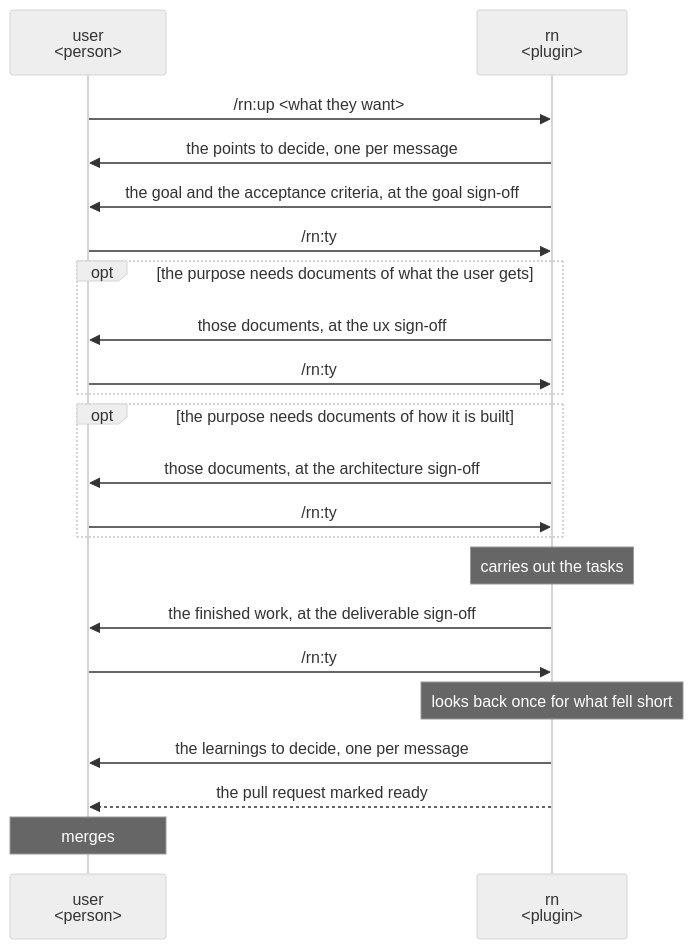
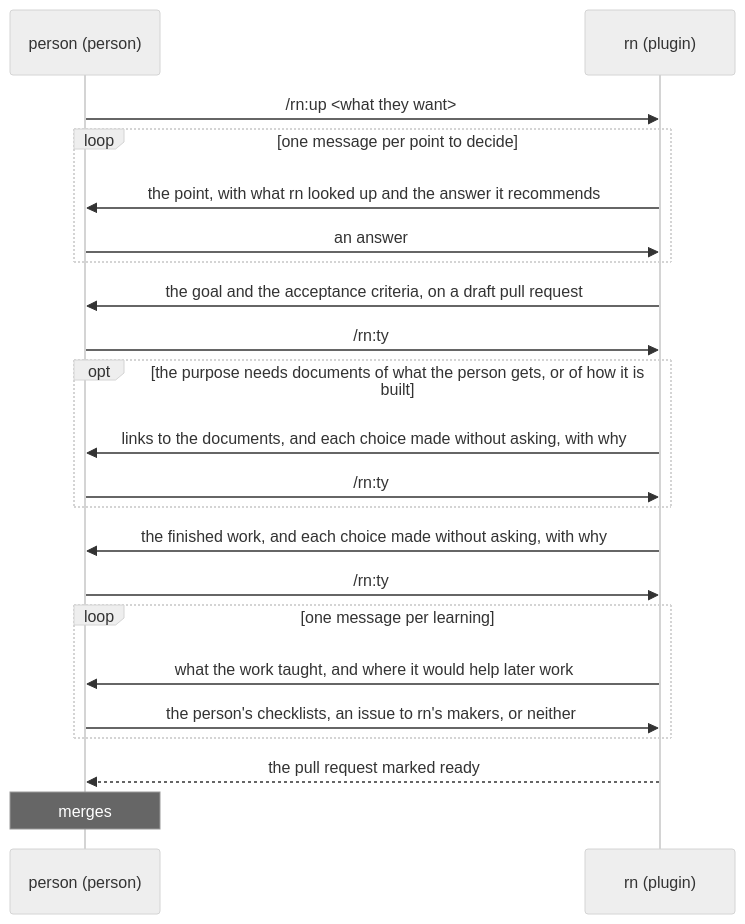
One commit to lovaizu/ccpm changed the diagram in dev/rn/ux.md. Above: the diagram before and after it, drawn with Mermaid (neutral theme). The commit also changed other lines of this file and 1 other file, not shown here.

````diff
--- a/dev/rn/ux.md
+++ b/dev/rn/ux.md
@@ -62,24 +27,24 @@
 ```mermaid
 sequenceDiagram
-  participant U as user<br/>#lt;person#gt;
-  participant R as rn<br/>#lt;plugin#gt;
-  U->>R: /rn:up #lt;what they want#gt;
-  R->>U: the points to decide, one per message
-  R->>U: the goal and the acceptance criteria, at the goal sign-off
+  participant U as person (person)
+  participant R as rn (plugin)
+  U->>R: /rn:up <what they want>
+  loop one message per point to decide
+    R->>U: the point, with what rn looked up and the answer it recommends
+    U->>R: an answer
+  end
+  R->>U: the goal and the acceptance criteria, on a draft pull request
   U->>R: /rn:ty
-  opt the purpose needs documents of what the user gets
-    R->>U: those documents, at the ux sign-off
+  opt the purpose needs documents of what the person gets, or of how it is built
+    R->>U: links to the documents, and each choice made without asking, with why
     U->>R: /rn:ty
   end
-  opt the purpose needs documents of how it is built
-    R->>U: those documents, at the architecture sign-off
-    U->>R: /rn:ty
+  R->>U: the finished work, and each choice made without asking, with why
+  U->>R: /rn:ty
+  loop one message per learning
+    R->>U: what the work taught, and where it would help later work
+    U->>R: the person's checklists, an issue to rn's makers, or neither
   end
-  Note over R: carries out the tasks
-  R->>U: the finished work, at the deliverable sign-off
-  U->>R: /rn:ty
-  Note over R: looks back once for what fell short
-  R->>U: the learnings to decide, one per message
   R-->>U: the pull request marked ready
   Note over U: merges
 ```
````
